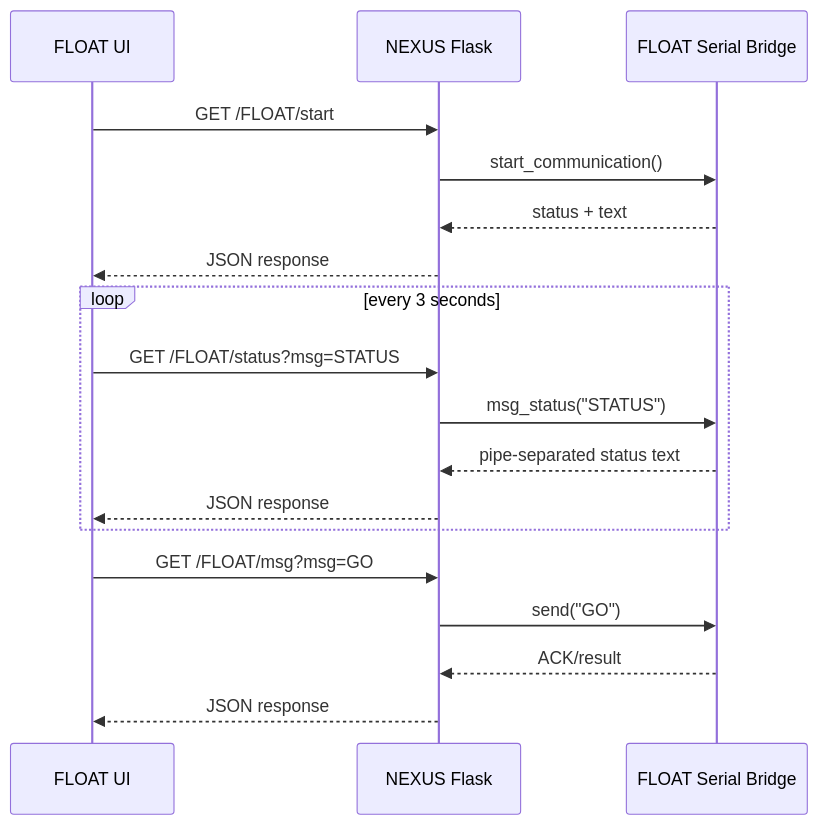
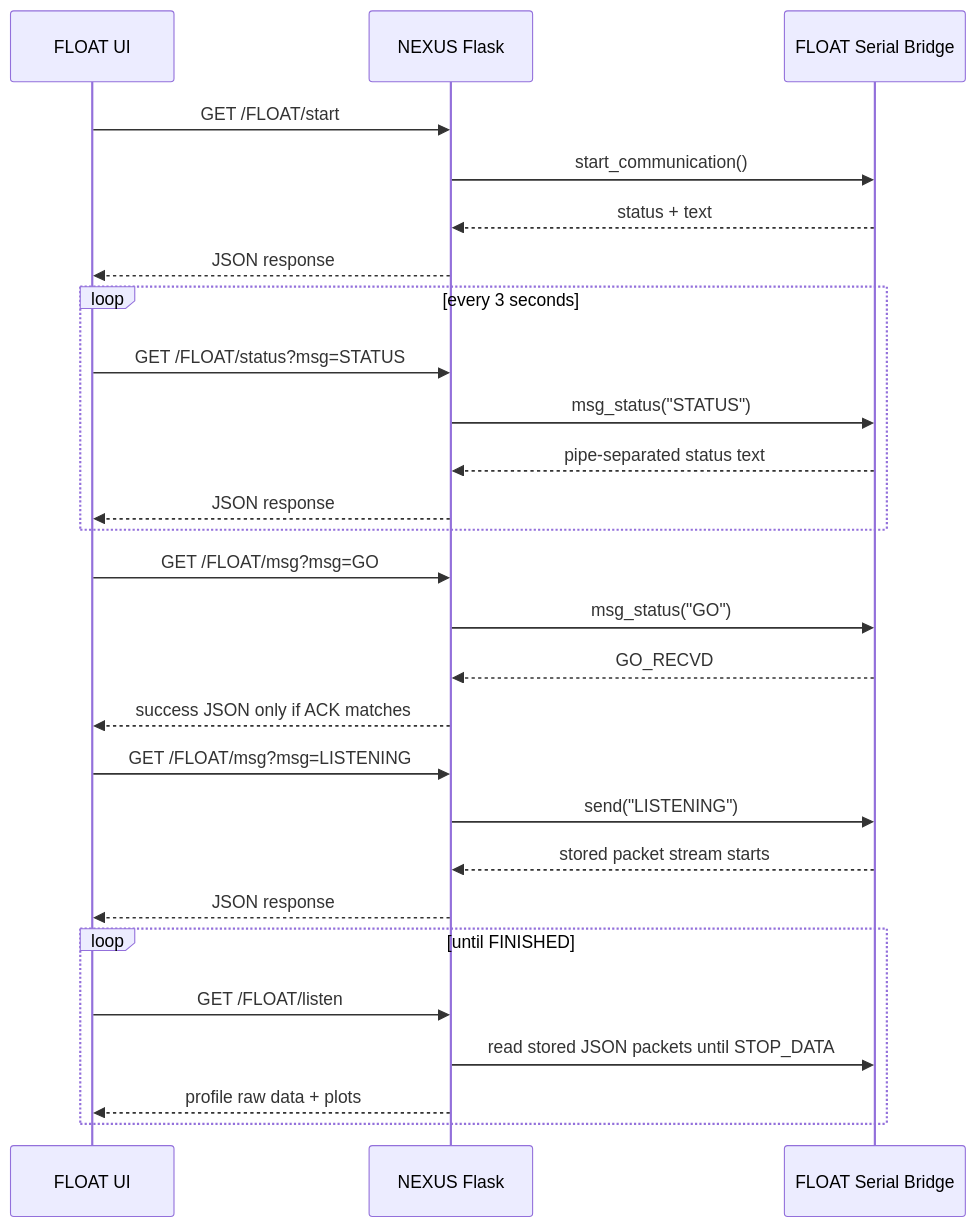
Before and after one commit to PoliTOcean/NEXUS: the fifth of 5 diagrams in README.md, drawn with Mermaid. The commit also changed other lines of this file and 10 other files, not shown here.

First line of the commit message:
feat: update float mission control flow

````diff
--- a/README.md
+++ b/README.md
@@ -510,23 +510,34 @@
 ```mermaid
 sequenceDiagram
     participant UI as FLOAT UI
     participant Flask as NEXUS Flask
     participant Serial as FLOAT Serial Bridge
 
     UI->>Flask: GET /FLOAT/start
     Flask->>Serial: start_communication()
     Serial-->>Flask: status + text
     Flask-->>UI: JSON response
 
     loop every 3 seconds
         UI->>Flask: GET /FLOAT/status?msg=STATUS
         Flask->>Serial: msg_status("STATUS")
         Serial-->>Flask: pipe-separated status text
         Flask-->>UI: JSON response
     end
 
     UI->>Flask: GET /FLOAT/msg?msg=GO
-    Flask->>Serial: send("GO")
-    Serial-->>Flask: ACK/result
+    Flask->>Serial: msg_status("GO")
+    Serial-->>Flask: GO_RECVD
+    Flask-->>UI: success JSON only if ACK matches
+
+    UI->>Flask: GET /FLOAT/msg?msg=LISTENING
+    Flask->>Serial: send("LISTENING")
+    Serial-->>Flask: stored packet stream starts
     Flask-->>UI: JSON response
+
+    loop until FINISHED
+        UI->>Flask: GET /FLOAT/listen
+        Flask->>Serial: read stored JSON packets until STOP_DATA
+        Flask-->>UI: profile raw data + plots
+    end
 ```
````
